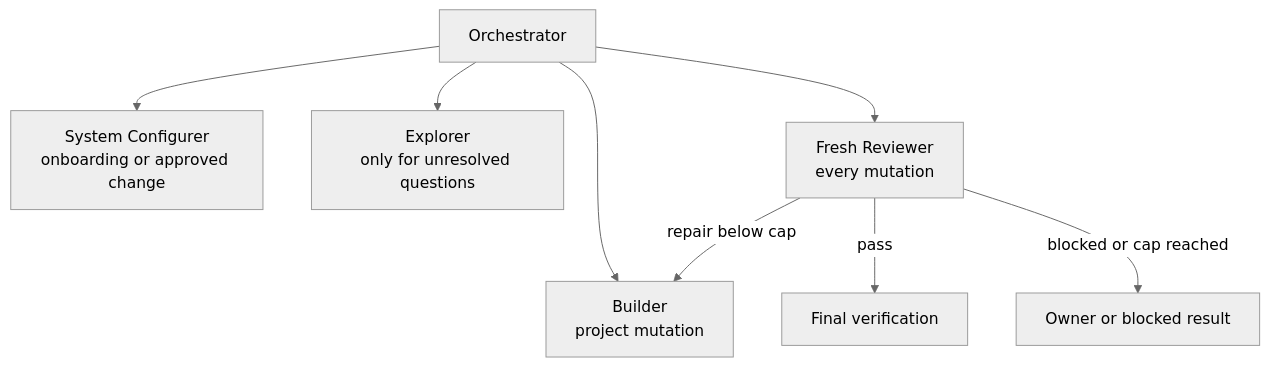
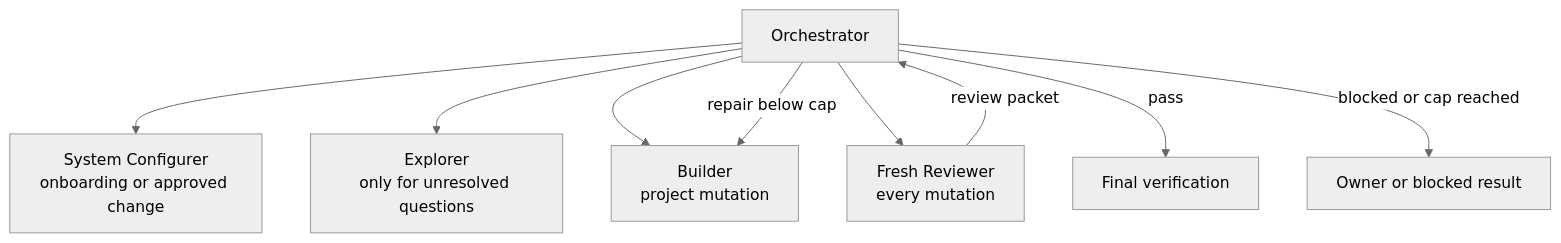
The first of 4 diagrams in docs/WHITEPAPER.md (divyekant/Olympus), drawn with Mermaid (neutral theme) before and after one commit. The commit also changed other lines of this file and 8 other files, not shown here.

````diff
--- a/docs/WHITEPAPER.md
+++ b/docs/WHITEPAPER.md
@@ -21,10 +22,11 @@
 ```mermaid
 flowchart TD
     O[Orchestrator] --> C[System Configurer<br/>onboarding or approved change]
     O --> E[Explorer<br/>only for unresolved questions]
     O --> B[Builder<br/>project mutation]
     O --> R[Fresh Reviewer<br/>every mutation]
-    R -->|repair below cap| B
-    R -->|pass| V[Final verification]
-    R -->|blocked or cap reached| H[Owner or blocked result]
+    R -->|review packet| O
+    O -->|repair below cap| B
+    O -->|pass| V[Final verification]
+    O -->|blocked or cap reached| H[Owner or blocked result]
 ```
````
